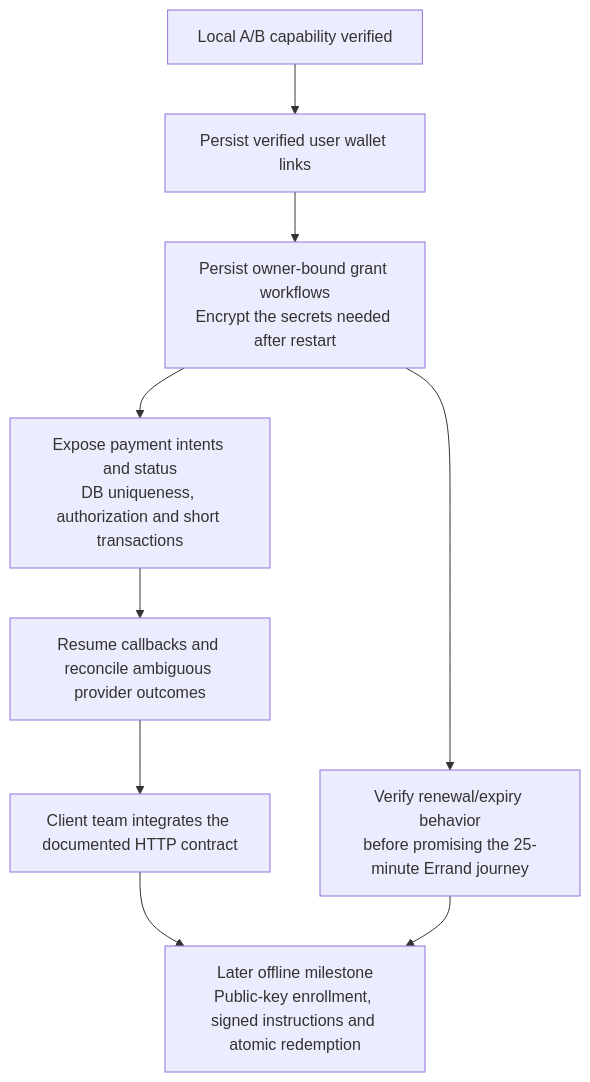
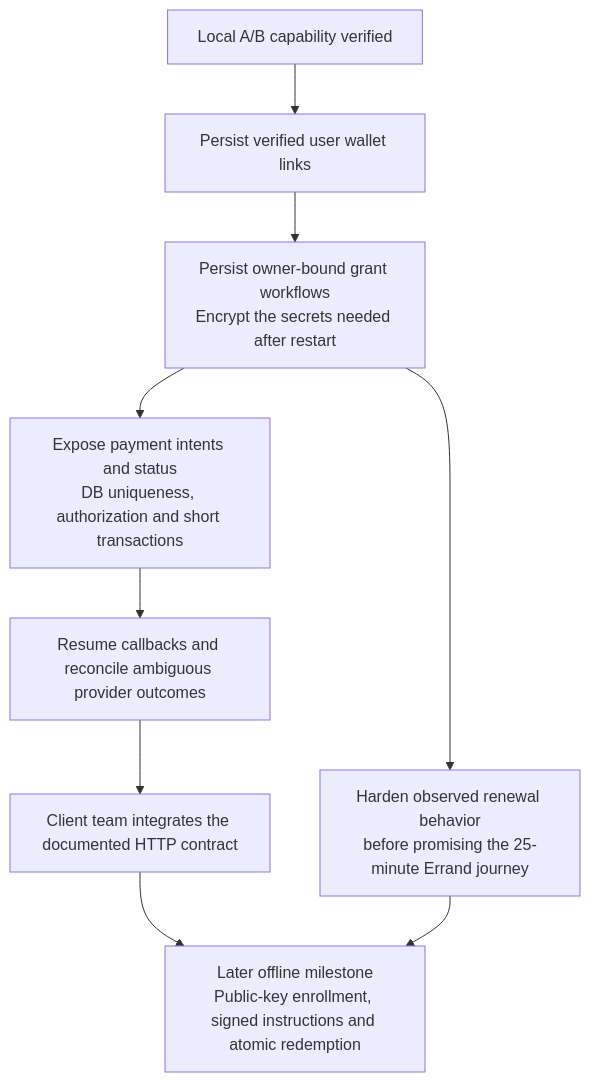
The seventh of 7 diagrams in docs/backend-payments.md (MasieJr/Atomic-Commits), drawn with Mermaid before and after one commit. The commit also changed other lines of this file and 5 other files, not shown here.

````diff
--- a/docs/backend-payments.md
+++ b/docs/backend-payments.md
@@ -455,11 +455,11 @@
 ```mermaid
 flowchart TD
     Proofs["Local A/B capability verified"] --> Links["Persist verified user wallet links"]
     Links --> Grants["Persist owner-bound grant workflows<br/>Encrypt the secrets needed after restart"]
     Grants --> Payments["Expose payment intents and status<br/>DB uniqueness, authorization and short transactions"]
     Payments --> Recovery["Resume callbacks and reconcile ambiguous provider outcomes"]
     Recovery --> Contract["Client team integrates the documented HTTP contract"]
     Contract --> Offline["Later offline milestone<br/>Public-key enrollment, signed instructions and atomic redemption"]
-    Grants --> Lifecycle["Verify renewal/expiry behavior<br/>before promising the 25-minute Errand journey"]
+    Grants --> Lifecycle["Harden observed renewal behavior<br/>before promising the 25-minute Errand journey"]
     Lifecycle --> Offline
 ```
````
